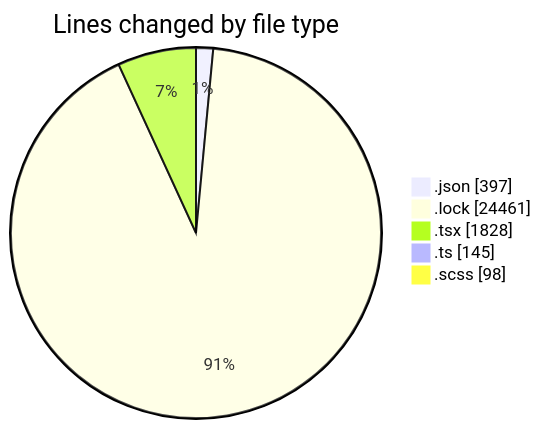
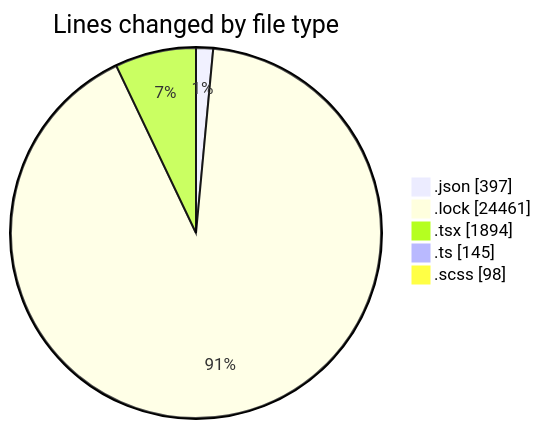
The first of 2 diagrams in 2026-05-14/cda/README.md (momahboobian/code-tracking), drawn with Mermaid before and after one commit. The commit also changed other lines of this file and 1 other file, not shown here.

````diff
--- a/2026-05-14/cda/README.md
+++ b/2026-05-14/cda/README.md
@@ -36,9 +36,9 @@
 ```mermaid
 pie showData
 title Lines changed by file type
 ".json" : 397
 ".lock" : 24461
-".tsx" : 1828
+".tsx" : 1894
 ".ts" : 145
 ".scss" : 98
 ```
````
